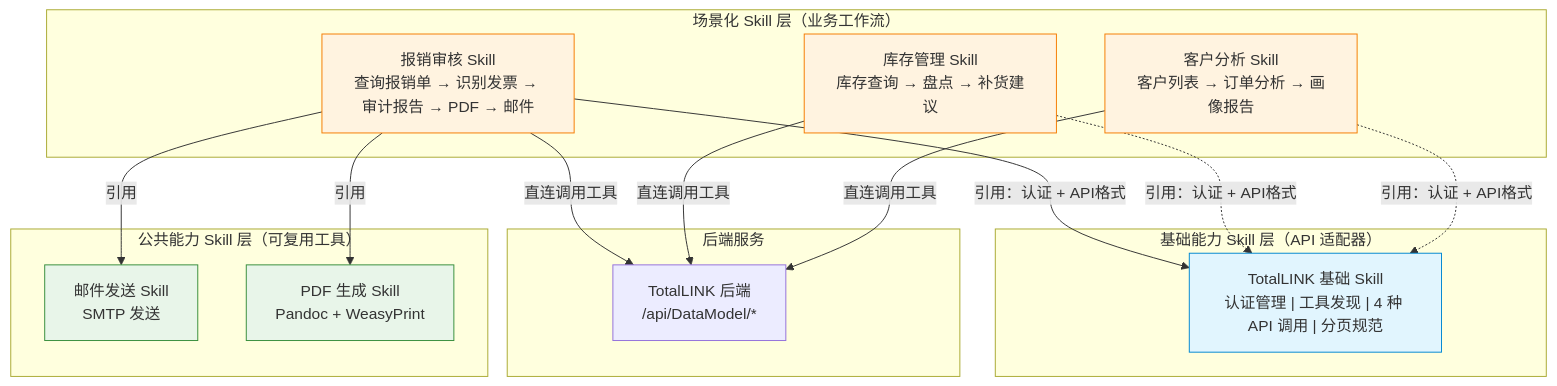
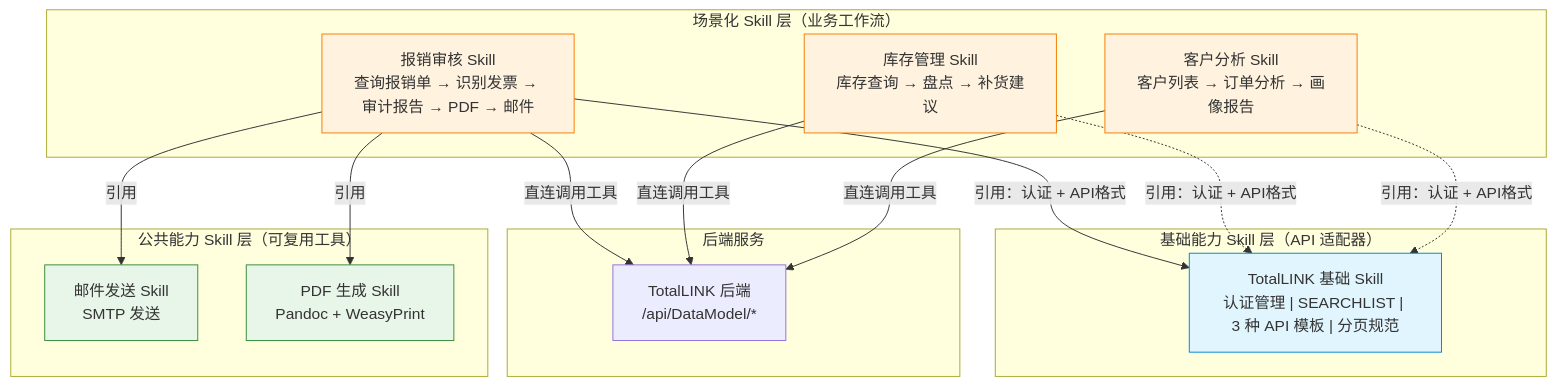
The diagram in mcp-server/skills/DESIGN.md (randyliuyc/PyScript), drawn with Mermaid before and after one commit. The commit also changed other lines of this file and 1 other file, not shown here.

````diff
--- a/mcp-server/skills/DESIGN.md
+++ b/mcp-server/skills/DESIGN.md
@@ -46,37 +31,37 @@
 ```mermaid
 flowchart TB
     subgraph "场景化 Skill 层（业务工作流）"
         S1["报销审核 Skill<br/>查询报销单 → 识别发票 → 审计报告 → PDF → 邮件"]
         S2["库存管理 Skill<br/>库存查询 → 盘点 → 补货建议"]
         S3["客户分析 Skill<br/>客户列表 → 订单分析 → 画像报告"]
     end
 
     subgraph "公共能力 Skill 层（可复用工具）"
         P1["邮件发送 Skill<br/>SMTP 发送"]
         P2["PDF 生成 Skill<br/>Pandoc + WeasyPrint"]
     end
 
     subgraph "基础能力 Skill 层（API 适配器）"
-        BASE["TotalLINK 基础 Skill<br/>认证管理 | 工具发现 | 4 种 API 调用 | 分页规范"]
+        BASE["TotalLINK 基础 Skill<br/>认证管理 | SEARCHLIST | 3 种 API 模板 | 分页规范"]
     end
 
     subgraph "后端服务"
         API["TotalLINK 后端<br/>/api/DataModel/*"]
     end
 
     S1 -- "引用：认证 + API格式" --> BASE
     S1 -- "引用" --> P1
     S1 -- "引用" --> P2
     S2 -. "引用：认证 + API格式" .-> BASE
     S3 -. "引用：认证 + API格式" .-> BASE
     S1 -- "直连调用工具" --> API
     S2 -- "直连调用工具" --> API
     S3 -- "直连调用工具" --> API
 
     style BASE fill:#e1f5fe,stroke:#0288d1
     style S1 fill:#fff3e0,stroke:#f57c00
     style S2 fill:#fff3e0,stroke:#f57c00
     style S3 fill:#fff3e0,stroke:#f57c00
     style P1 fill:#e8f5e9,stroke:#388e3c
     style P2 fill:#e8f5e9,stroke:#388e3c
 ```
````
